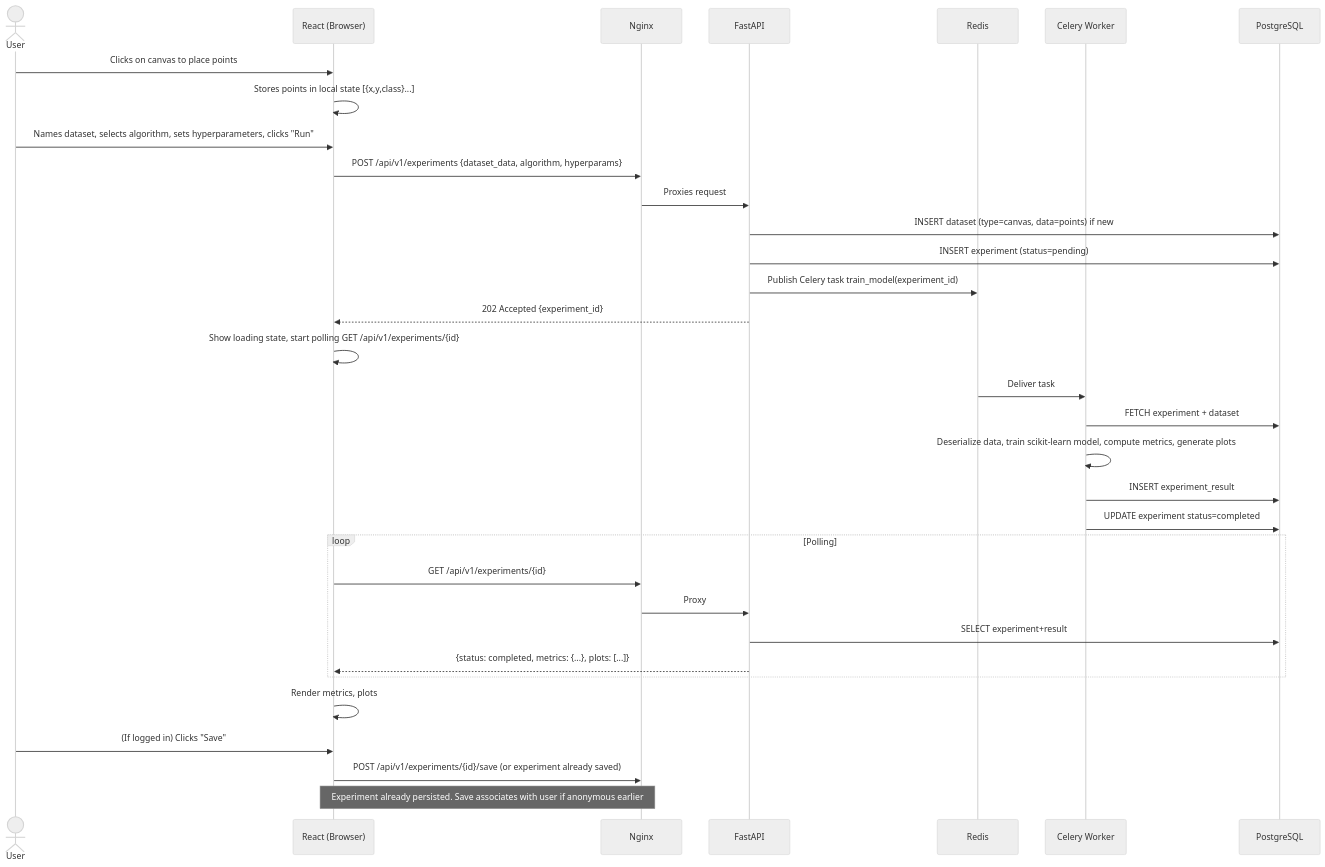
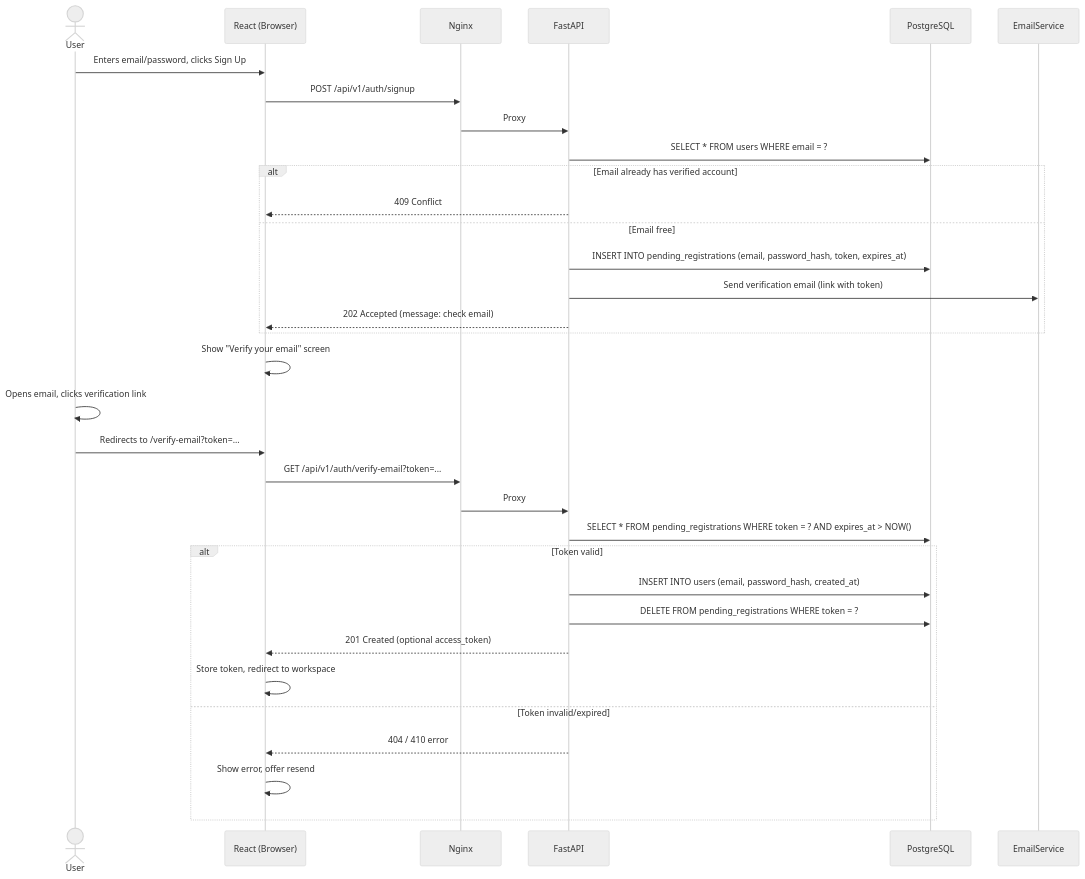
Before and after one commit to xadla/ml-playground: the second of 2 diagrams in docs/architecture.md, drawn with Mermaid (neutral theme). The commit also changed other lines of this file and 6 other files, not shown here.

Commit message:
docs: add email verification to docs

````diff
--- a/docs/architecture.md
+++ b/docs/architecture.md
@@ -120,36 +120,37 @@
 ```mermaid
 sequenceDiagram
     actor User
     participant Frontend as React (Browser)
     participant Nginx
     participant Backend as FastAPI
-    participant Redis
-    participant Worker as Celery Worker
     participant DB as PostgreSQL
+    participant EmailService
 
-    User->>Frontend: Clicks on canvas to place points
-    Frontend->>Frontend: Stores points in local state [{x,y,class}...]
-    User->>Frontend: Names dataset, selects algorithm, sets hyperparameters, clicks "Run"
-    Frontend->>Nginx: POST /api/v1/experiments {dataset_data, algorithm, hyperparams}
-    Nginx->>Backend: Proxies request
-    Backend->>DB: INSERT dataset (type=canvas, data=points) if new
-    Backend->>DB: INSERT experiment (status=pending)
-    Backend->>Redis: Publish Celery task train_model(experiment_id)
-    Backend-->>Frontend: 202 Accepted {experiment_id}
-    Frontend->>Frontend: Show loading state, start polling GET /api/v1/experiments/{id}
-    Redis->>Worker: Deliver task
-    Worker->>DB: FETCH experiment + dataset
-    Worker->>Worker: Deserialize data, train scikit-learn model, compute metrics, generate plots
-    Worker->>DB: INSERT experiment_result
-    Worker->>DB: UPDATE experiment status=completed
-    loop Polling
-        Frontend->>Nginx: GET /api/v1/experiments/{id}
-        Nginx->>Backend: Proxy
-        Backend->>DB: SELECT experiment+result
-        Backend-->>Frontend: {status: completed, metrics: {...}, plots: [...]}
+    User->>Frontend: Enters email/password, clicks Sign Up
+    Frontend->>Nginx: POST /api/v1/auth/signup
+    Nginx->>Backend: Proxy
+    Backend->>DB: SELECT * FROM users WHERE email = ?
+    alt Email already has verified account
+        Backend-->>Frontend: 409 Conflict
+    else Email free
+        Backend->>DB: INSERT INTO pending_registrations (email, password_hash, token, expires_at)
+        Backend->>EmailService: Send verification email (link with token)
+        Backend-->>Frontend: 202 Accepted (message: check email)
     end
-    Frontend->>Frontend: Render metrics, plots
-    User->>Frontend: (If logged in) Clicks "Save"
-    Frontend->>Nginx: POST /api/v1/experiments/{id}/save (or experiment already saved)
-    Note over Frontend,Nginx: Experiment already persisted. Save associates with user if anonymous earlier
+    Frontend->>Frontend: Show "Verify your email" screen
+
+    User->>User: Opens email, clicks verification link
+    User->>Frontend: Redirects to /verify-email?token=...
+    Frontend->>Nginx: GET /api/v1/auth/verify-email?token=...
+    Nginx->>Backend: Proxy
+    Backend->>DB: SELECT * FROM pending_registrations WHERE token = ? AND expires_at > NOW()
+    alt Token valid
+        Backend->>DB: INSERT INTO users (email, password_hash, created_at)
+        Backend->>DB: DELETE FROM pending_registrations WHERE token = ?
+        Backend-->>Frontend: 201 Created (optional access_token)
+        Frontend->>Frontend: Store token, redirect to workspace
+    else Token invalid/expired
+        Backend-->>Frontend: 404 / 410 error
+        Frontend->>Frontend: Show error, offer resend
+    end
 ```
````
